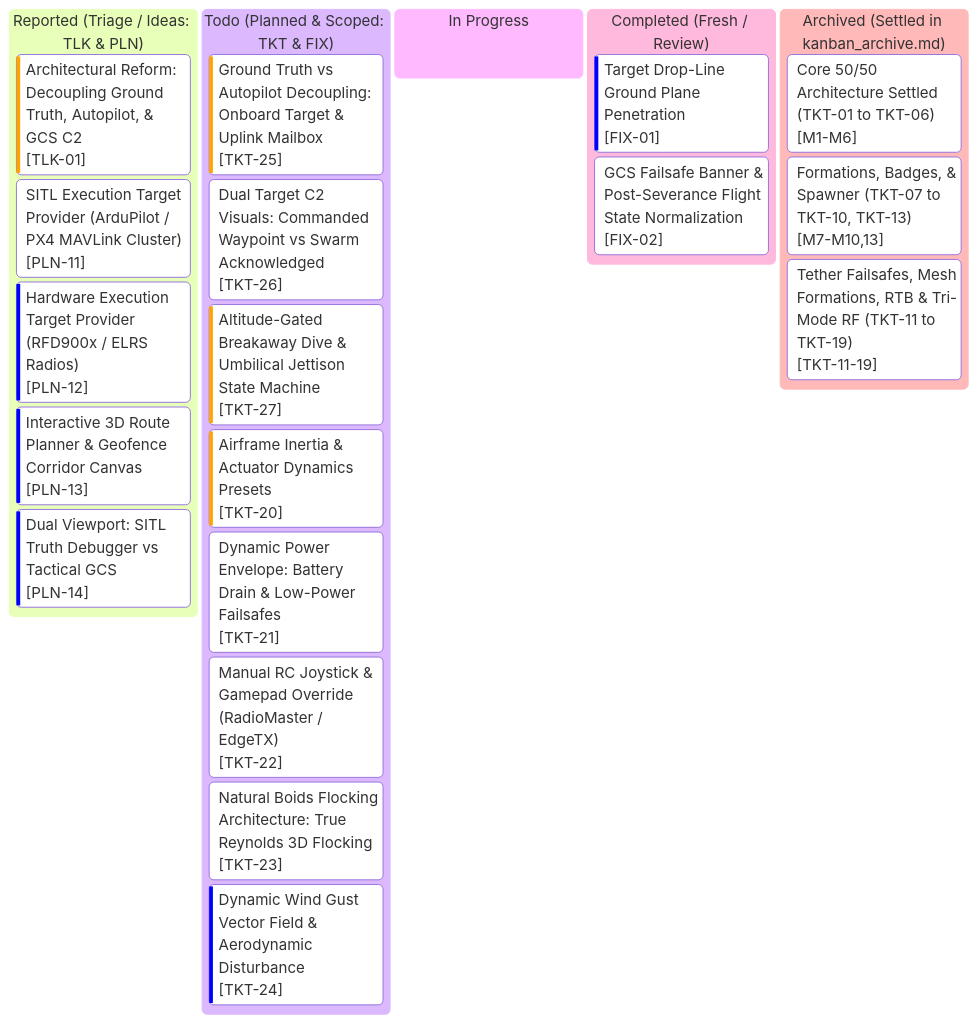
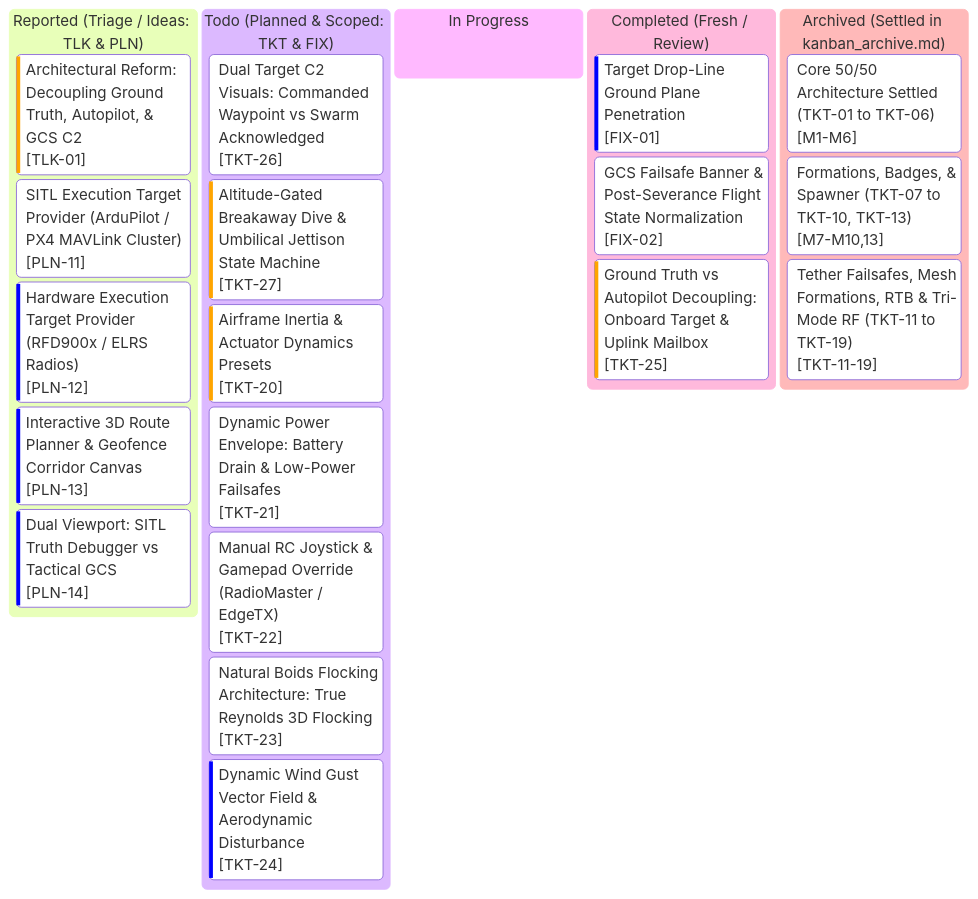
Before and after one commit to AlitheiaDeus/SwarmTech_v3-Uprising: the diagram in kanban.md, drawn with Mermaid. The commit also changed other lines of this file and 5 other files, not shown here.

Commit message:
feat(sim): implement TKT-25 ground truth vs autopilot decoupling, onboard target buffer, and uplink mailbox

````diff
--- a/kanban.md
+++ b/kanban.md
@@ -10,46 +10,46 @@
 ```mermaid
 %%{init: {
   'theme': 'base',
   'themeVariables': {
     'primaryColor': '#0d2235',
     'primaryTextColor': '#d4f4ff',
     'primaryBorderColor': '#00f0ff',
     'lineColor': '#00f0ff',
     'background': '#061019',
     'mainBkg': '#0a1926',
     'secondaryColor': '#081420',
     'secondaryTextColor': '#5a7e96',
     'secondaryBorderColor': '#134e6f',
     'tertiaryColor': '#0e263d',
     'tertiaryTextColor': '#00ffaa',
     'tertiaryBorderColor': '#00ffaa',
     'clusterBkg': '#081420',
     'clusterBorder': '#134e6f',
     'fontFamily': "'JetBrains Mono', 'Courier New', monospace"
   }
 }}%%
 kanban
   reported["Reported (Triage / Ideas: TLK & PLN)"]
     tlk01["Architectural Reform: Decoupling Ground Truth, Autopilot, & GCS C2"]@{ ticket: '[TLK-01]', priority: 'High' }
     pln11["SITL Execution Target Provider (ArduPilot / PX4 MAVLink Cluster)"]@{ ticket: '[PLN-11]', priority: 'Medium' }
     pln12["Hardware Execution Target Provider (RFD900x / ELRS Radios)"]@{ ticket: '[PLN-12]', priority: 'Low' }
     pln13["Interactive 3D Route Planner & Geofence Corridor Canvas"]@{ ticket: '[PLN-13]', priority: 'Low' }
     pln14["Dual Viewport: SITL Truth Debugger vs Tactical GCS"]@{ ticket: '[PLN-14]', priority: 'Low' }
   todo["Todo (Planned & Scoped: TKT & FIX)"]
-    tkt25["Ground Truth vs Autopilot Decoupling: Onboard Target & Uplink Mailbox"]@{ ticket: '[TKT-25]', priority: 'High' }
     tkt26["Dual Target C2 Visuals: Commanded Waypoint vs Swarm Acknowledged"]@{ ticket: '[TKT-26]', priority: 'Medium' }
     tkt27["Altitude-Gated Breakaway Dive & Umbilical Jettison State Machine"]@{ ticket: '[TKT-27]', priority: 'High' }
     tkt20["Airframe Inertia & Actuator Dynamics Presets"]@{ ticket: '[TKT-20]', priority: 'High' }
     tkt21["Dynamic Power Envelope: Battery Drain & Low-Power Failsafes"]@{ ticket: '[TKT-21]', priority: 'Medium' }
     tkt22["Manual RC Joystick & Gamepad Override (RadioMaster / EdgeTX)"]@{ ticket: '[TKT-22]', priority: 'Medium' }
     tkt23["Natural Boids Flocking Architecture: True Reynolds 3D Flocking"]@{ ticket: '[TKT-23]', priority: 'Medium' }
     tkt24["Dynamic Wind Gust Vector Field & Aerodynamic Disturbance"]@{ ticket: '[TKT-24]', priority: 'Low' }
   in_progress["In Progress"]
   completed["Completed (Fresh / Review)"]
     fix01["Target Drop-Line Ground Plane Penetration"]@{ ticket: '[FIX-01]', priority: 'Low' }
     fix02["GCS Failsafe Banner & Post-Severance Flight State Normalization"]@{ ticket: '[FIX-02]', priority: 'Medium' }
+    tkt25["Ground Truth vs Autopilot Decoupling: Onboard Target & Uplink Mailbox"]@{ ticket: '[TKT-25]', priority: 'High' }
   archived["Archived (Settled in kanban_archive.md)"]
     arch_m1_6["Core 50/50 Architecture Settled (TKT-01 to TKT-06)"]@{ ticket: '[M1-M6]' }
     arch_m7_10_13["Formations, Badges, & Spawner (TKT-07 to TKT-10, TKT-13)"]@{ ticket: '[M7-M10,13]' }
     arch_m11_19["Tether Failsafes, Mesh Formations, RTB & Tri-Mode RF (TKT-11 to TKT-19)"]@{ ticket: '[TKT-11-19]' }
 ```
````
